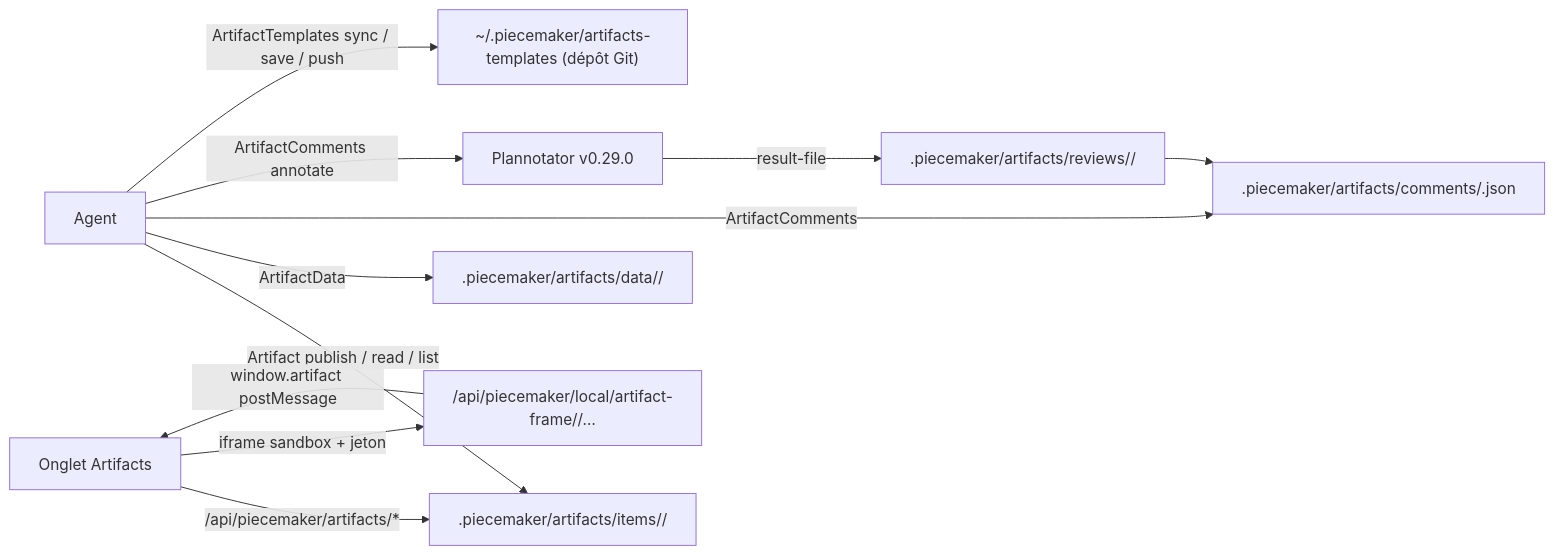
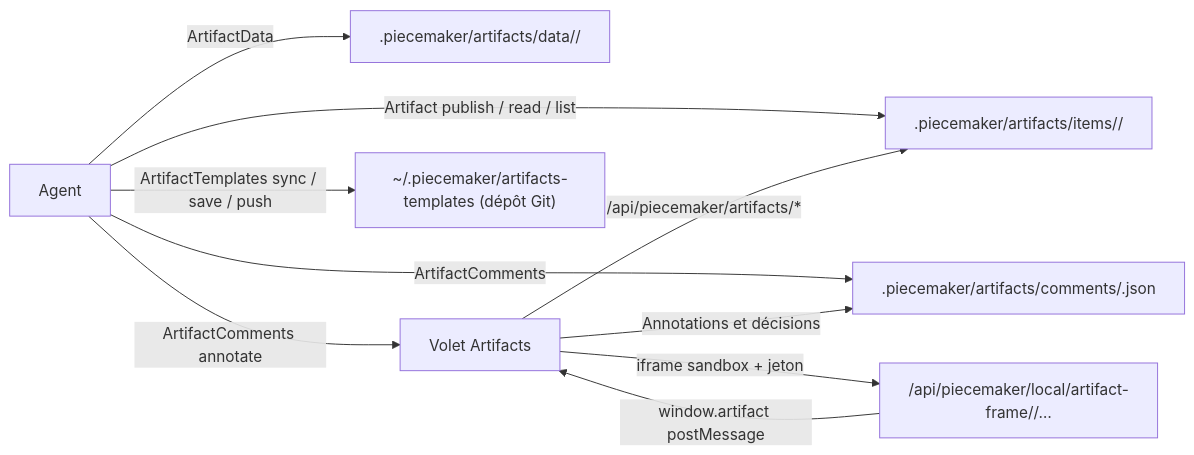
Before and after one commit to PieceMaker-Legal/piecemaker-droit-francais: the diagram in docs/artifacts.md, drawn with Mermaid. The commit also changed other lines of this file and 27 other files, not shown here.

````diff
--- a/docs/artifacts.md
+++ b/docs/artifacts.md
@@ -5,12 +5,12 @@
 ```mermaid
 flowchart LR
   A[Agent] -->|Artifact publish / read / list| S[".piecemaker/artifacts/items/<id>/"]
   A -->|ArtifactData| D[".piecemaker/artifacts/data/<id>/"]
   A -->|ArtifactComments| C[".piecemaker/artifacts/comments/<id>.json"]
-  A -->|ArtifactComments annotate| P[Plannotator v0.29.0]
-  P -->|result-file| R[".piecemaker/artifacts/reviews/<id>/"] --> C
+  A -->|ArtifactComments annotate| O[Volet Artifacts]
+  O -->|Annotations et décisions| C
   A -->|ArtifactTemplates sync / save / push| T["~/.piecemaker/artifacts-templates (dépôt Git)"]
-  O[Onglet Artifacts] -->|/api/piecemaker/artifacts/*| S
+  O -->|/api/piecemaker/artifacts/*| S
   O -->|iframe sandbox + jeton| F["/api/piecemaker/local/artifact-frame/<jeton>/…"]
   F -->|window.artifact postMessage| O
 ```
````
